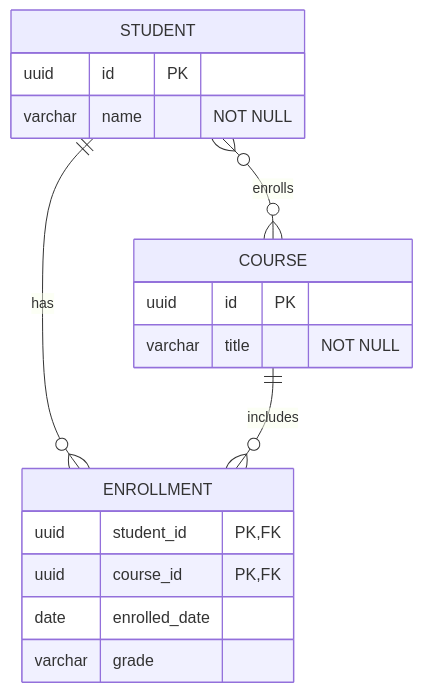
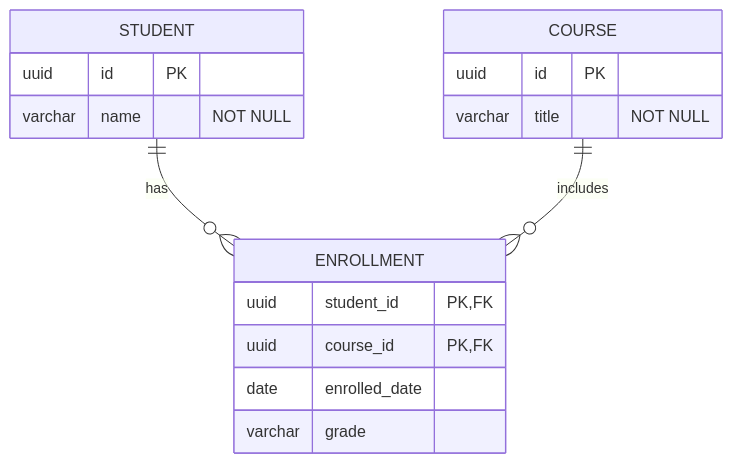
One commit to costa-marcello/repertoire changed the fourth of 7 diagrams in skills/mermaid-diagrams/references/erd-patterns.md. Above: the diagram before and after it, drawn with Mermaid. The commit also changed other lines of this file and 12 other files, not shown here.

First line of the commit message:
Fix mermaid-diagrams examples that broke its own rules

````diff
--- a/skills/mermaid-diagrams/references/erd-patterns.md
+++ b/skills/mermaid-diagrams/references/erd-patterns.md
@@ -237,23 +236,22 @@
 ```mermaid
 erDiagram
-    STUDENT }o--o{ COURSE : enrolls
     STUDENT ||--o{ ENROLLMENT : has
     COURSE ||--o{ ENROLLMENT : includes
 
     STUDENT {
         uuid id PK
         varchar name "NOT NULL"
     }
 
     ENROLLMENT {
         uuid student_id PK, FK
         uuid course_id PK, FK
         date enrolled_date
         varchar grade
     }
 
     COURSE {
         uuid id PK
         varchar title "NOT NULL"
     }
 ```
````
